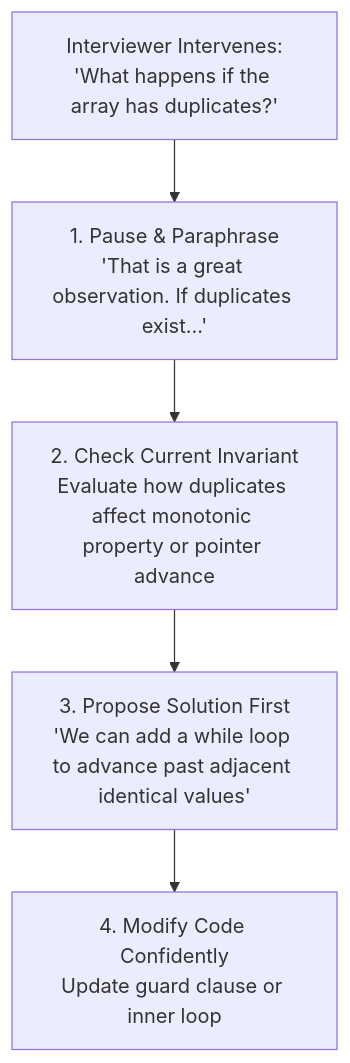
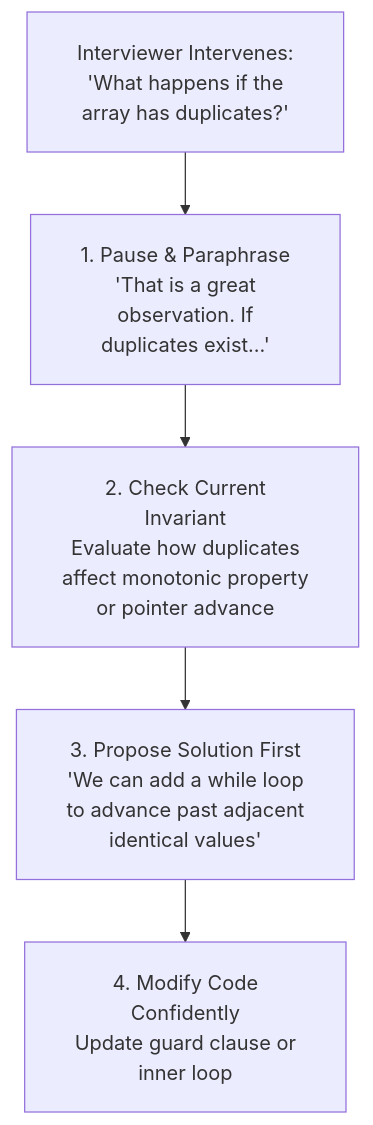
One commit to dip4k/DSA_102 changed the second of 2 diagrams in week_19_mock_interviews_mastery/Week_19_Visual_Concepts_Playbook_HYBRID.md. Above: the diagram before and after it, drawn with Mermaid. The commit also changed other lines of this file and 108 other files, not shown here.

First line of the commit message:
fix(mermaid): resolve diagram clipping, padding, and syntax issues across repo

````diff
--- a/week_19_mock_interviews_mastery/Week_19_Visual_Concepts_Playbook_HYBRID.md
+++ b/week_19_mock_interviews_mastery/Week_19_Visual_Concepts_Playbook_HYBRID.md
@@ -100,11 +101,12 @@
 ```mermaid
+%%{init: {"flowchart": {"htmlLabels": true, "padding": 20}}}%%
 flowchart TD
-    Hint["Interviewer Intervenes:<br/>'What happens if the array has duplicates?'"]
+    Hint["Interviewer Intervenes:<br/>'What happens if the<br/>array has duplicates?'"]
 
-    P1["1. Pause & Paraphrase<br/>'That is a great observation. If duplicates exist...'"]
-    P2["2. Check Current Invariant<br/>Evaluate how duplicates affect monotonic property or pointer advance"]
-    P3["3. Propose Solution First<br/>'We can add a while loop to advance past adjacent identical values'"]
-    P4["4. Modify Code Confidently<br/>Update guard clause or inner loop"]
+    P1["1. Pause & Paraphrase<br/>'That is a great<br/>observation. If<br/>duplicates exist...'"]
+    P2["2. Check Current<br/>Invariant<br/>Evaluate how duplicates<br/>affect monotonic property<br/>or pointer advance"]
+    P3["3. Propose Solution First<br/>'We can add a while loop<br/>to advance past adjacent<br/>identical values'"]
+    P4["4. Modify Code<br/>Confidently<br/>Update guard clause or<br/>inner loop"]
 
     Hint --> P1 --> P2 --> P3 --> P4
 ```
````
